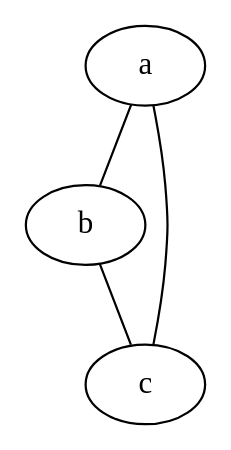
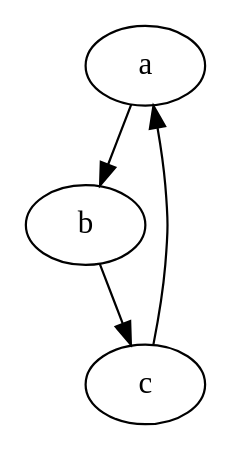
The diagram in testes/e.dot (VytorCalixto/A-menina-me-deixou-com-k-partido), drawn with Graphviz before and after one commit. The commit also changed 3 other files, not shown here.

```diff
--- a/testes/e.dot
+++ b/testes/e.dot
@@ -1,5 +1,5 @@
-strict graph "asd" {
-	a -- b
-	b -- c
-	a -- c
+strict digraph "asd" {
+	a -> b
+	b -> c
+	c -> a
 }
```
